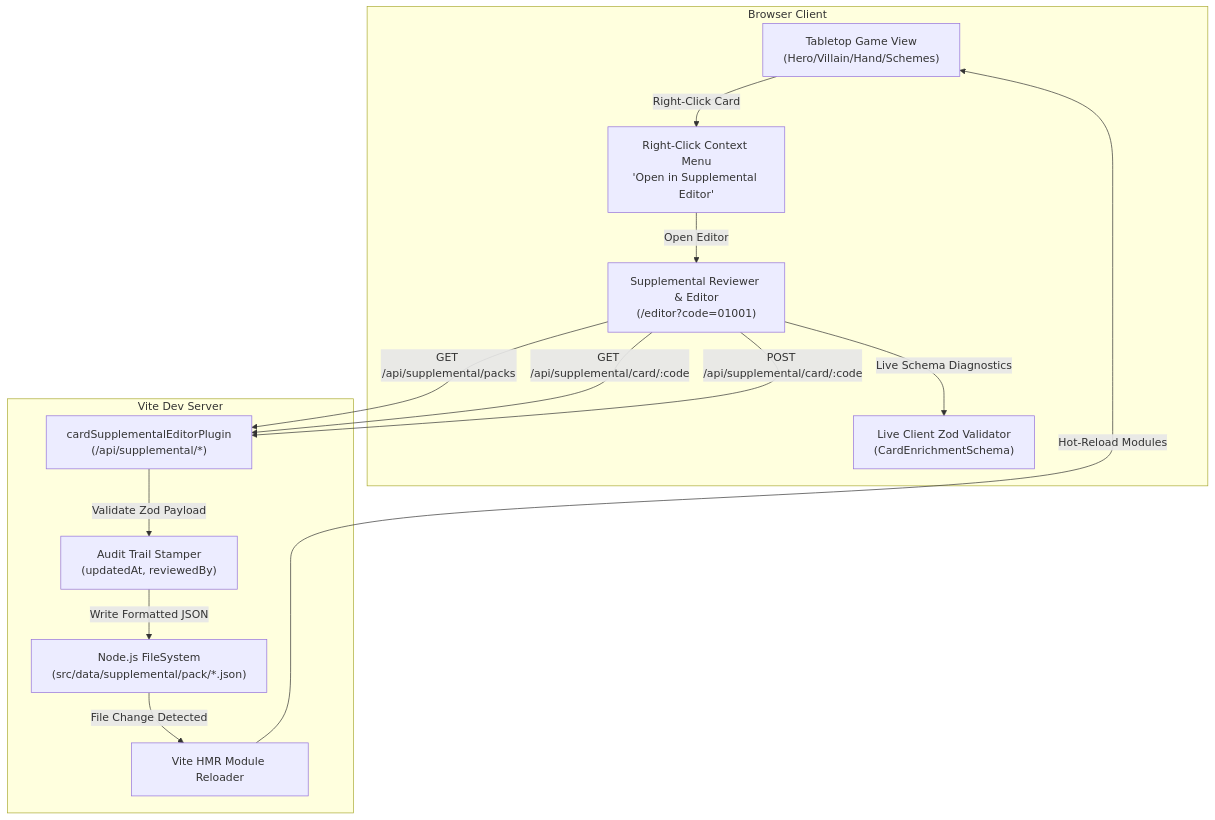
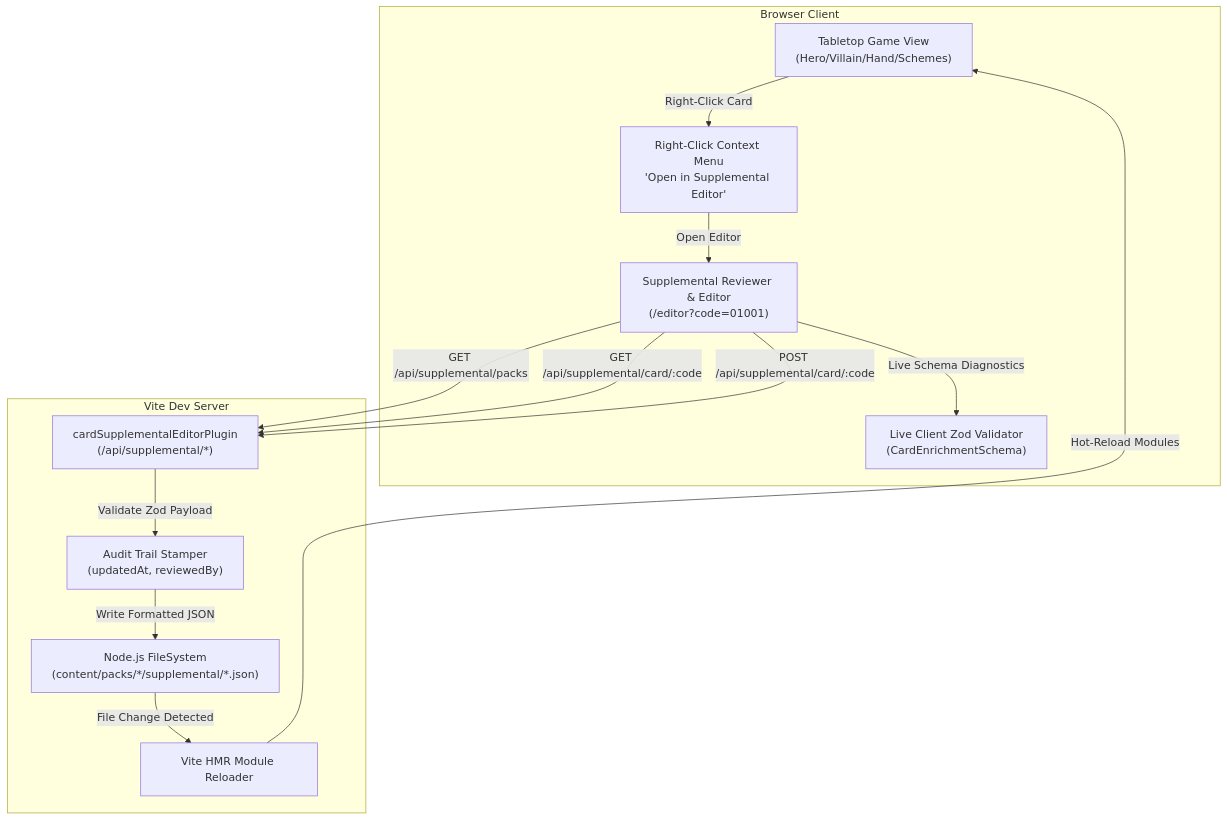
One commit to SteveRodrigue/MCD changed the diagram in docs/specifications/tooling/card_supplemental_editor.md. Above: the diagram before and after it, drawn with Mermaid. The commit also changed other lines of this file and 836 other files, not shown here.

First line of the commit message:
refactor(data,engine): Move official content into the content/ pack layout (M4) (#531)

````diff
--- a/docs/specifications/tooling/card_supplemental_editor.md
+++ b/docs/specifications/tooling/card_supplemental_editor.md
@@ -27,27 +27,27 @@
 ```mermaid
 graph TD
     subgraph Browser Client
         Game["Tabletop Game View<br/>(Hero/Villain/Hand/Schemes)"]
         ContextMenu["Right-Click Context Menu<br/>'Open in Supplemental Editor'"]
         Editor["Supplemental Reviewer & Editor<br/>(/editor?code=01001)"]
         ZodValidator["Live Client Zod Validator<br/>(CardEnrichmentSchema)"]
     end
 
     subgraph Vite Dev Server
         ViteMiddleware["cardSupplementalEditorPlugin<br/>(/api/supplemental/*)"]
         AuditAutoStamper["Audit Trail Stamper<br/>(updatedAt, reviewedBy)"]
-        FS["Node.js FileSystem<br/>(src/data/supplemental/pack/*.json)"]
+        FS["Node.js FileSystem<br/>(content/packs/*/supplemental/*.json)"]
         HMR["Vite HMR Module Reloader"]
     end
 
     Game -->|Right-Click Card| ContextMenu
     ContextMenu -->|Open Editor| Editor
     Editor -->|Live Schema Diagnostics| ZodValidator
     Editor -->|GET /api/supplemental/packs| ViteMiddleware
     Editor -->|GET /api/supplemental/card/:code| ViteMiddleware
     Editor -->|POST /api/supplemental/card/:code| ViteMiddleware
     ViteMiddleware -->|Validate Zod Payload| AuditAutoStamper
     AuditAutoStamper -->|Write Formatted JSON| FS
     FS -->|File Change Detected| HMR
     HMR -->|Hot-Reload Modules| Game
 ```
````
